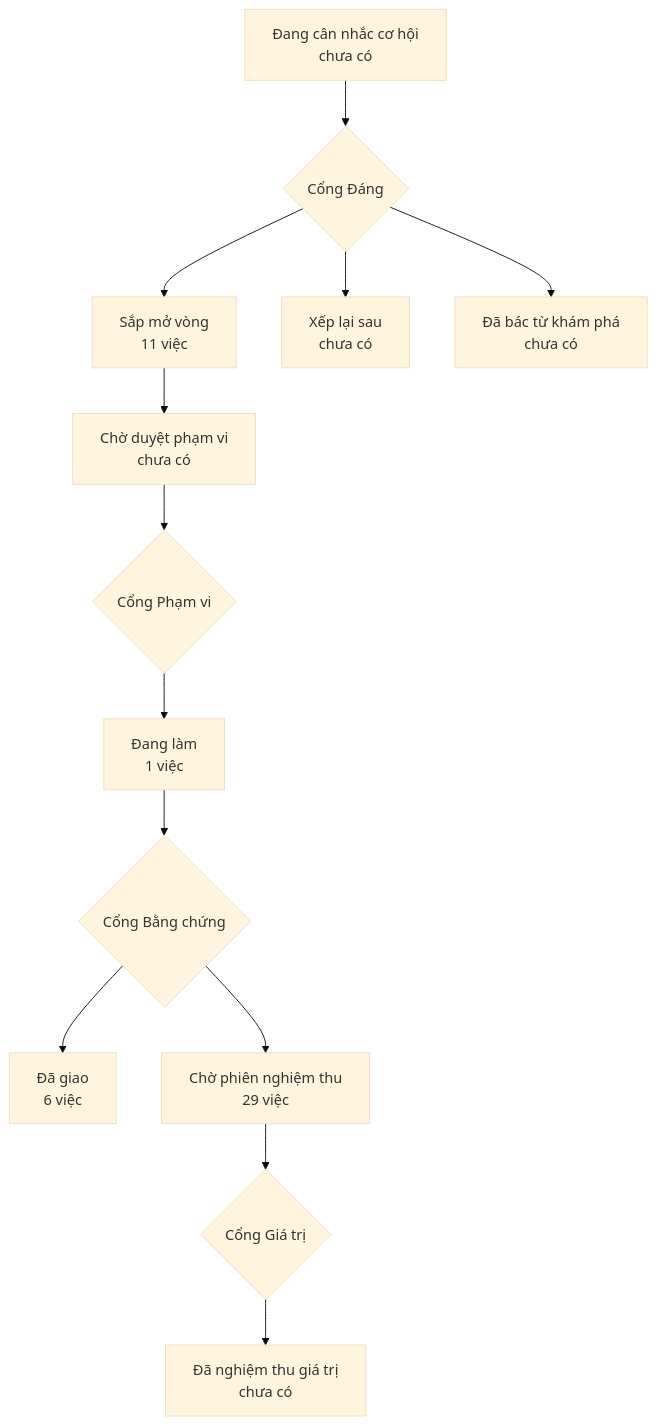
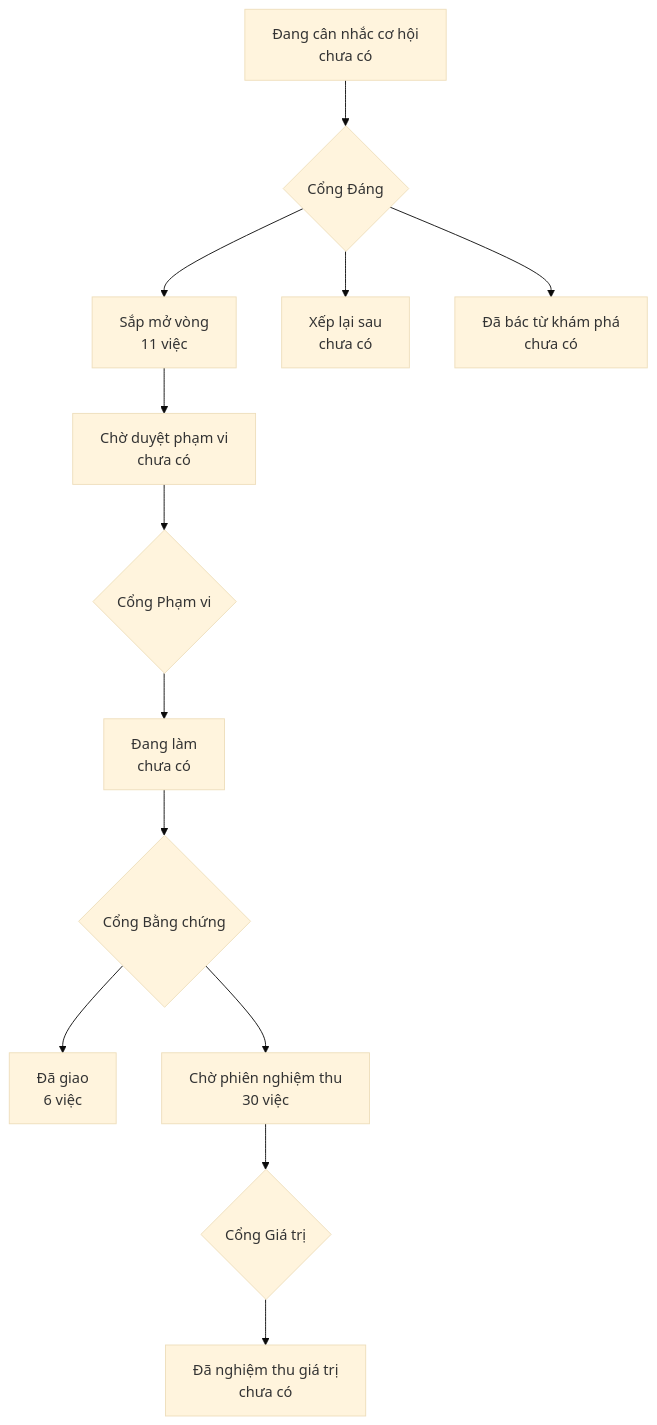
One commit to phanlemanh/onehub-quy-hang changed the diagram in PRODUCT-MAP.md. Above: the diagram before and after it, drawn with Mermaid (base theme). The commit also changed other lines of this file and 4 other files, not shown here.

````diff
--- a/PRODUCT-MAP.md
+++ b/PRODUCT-MAP.md
@@ -7,12 +7,12 @@
 ```mermaid
 flowchart TD
   A["Đang cân nhắc cơ hội<br/>chưa có"] --> GD{"Cổng Đáng"}
   GD --> B["Sắp mở vòng<br/>11 việc"]
   GD --> XL["Xếp lại sau<br/>chưa có"]
   GD --> DB["Đã bác từ khám phá<br/>chưa có"]
   B --> CD["Chờ duyệt phạm vi<br/>chưa có"] --> GP{"Cổng Phạm vi"}
-  GP --> DL["Đang làm<br/>1 việc"] --> GB{"Cổng Bằng chứng"}
+  GP --> DL["Đang làm<br/>chưa có"] --> GB{"Cổng Bằng chứng"}
   GB --> DG["Đã giao<br/>6 việc"]
-  GB --> CN["Chờ phiên nghiệm thu<br/>29 việc"] --> GG{"Cổng Giá trị"}
+  GB --> CN["Chờ phiên nghiệm thu<br/>30 việc"] --> GG{"Cổng Giá trị"}
   GG --> NT["Đã nghiệm thu giá trị<br/>chưa có"]
 ```
````
